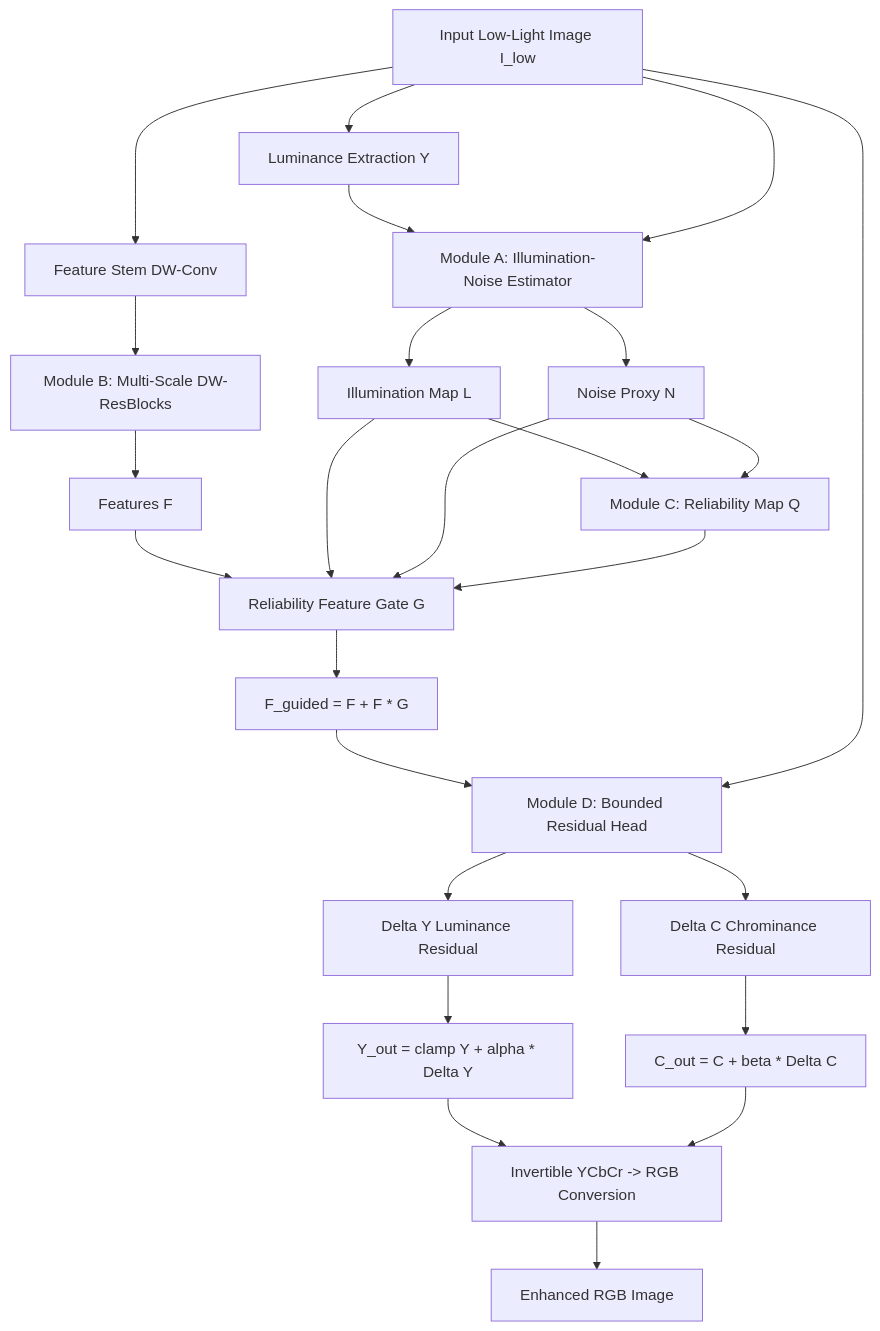
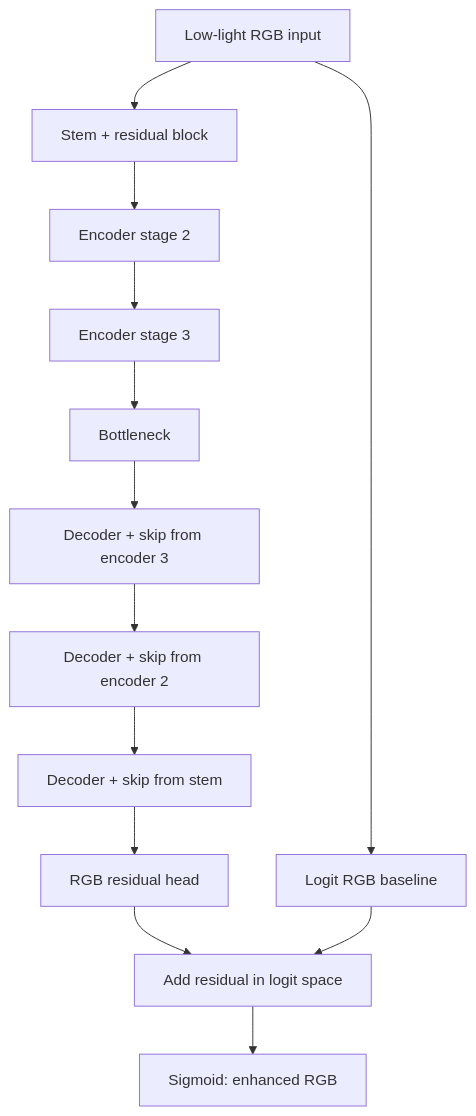
One commit to coderisalive/low-light changed the diagram in docs/architecture.md. Above: the diagram before and after it, drawn with Mermaid. The commit also changed other lines of this file and 1064 other files, not shown here.

````diff
--- a/docs/architecture.md
+++ b/docs/architecture.md
@@ -8,34 +7,15 @@
 ```mermaid
-graph TD
-    I[Input Low-Light Image I_low] --> Lum[Luminance Extraction Y]
-    I --> Stem[Feature Stem DW-Conv]
-    Lum --> INE[Module A: Illumination-Noise Estimator]
-    I --> INE
-
-    INE --> L[Illumination Map L]
-    INE --> N[Noise Proxy N]
-
-    L --> Rel[Module C: Reliability Map Q]
-    N --> Rel
-
-    Stem --> B[Module B: Multi-Scale DW-ResBlocks]
-    B --> F[Features F]
-
-    F --> Gate[Reliability Feature Gate G]
-    L --> Gate
-    N --> Gate
-    Rel --> Gate
-
-    Gate --> Mod[F_guided = F + F * G]
-    Mod --> Head[Module D: Bounded Residual Head]
-    I --> Head
-
-    Head --> DY[Delta Y Luminance Residual]
-    Head --> DC[Delta C Chrominance Residual]
-
-    DY --> Yout[Y_out = clamp Y + alpha * Delta Y]
-    DC --> Cout[C_out = C + beta * Delta C]
-    Yout --> RGB[Invertible YCbCr -> RGB Conversion]
-    Cout --> RGB
-    RGB --> Out[Enhanced RGB Image]
+flowchart TD
+  I[Low-light RGB input] --> S[Stem + residual block]
+  S --> E2[Encoder stage 2]
+  E2 --> E3[Encoder stage 3]
+  E3 --> B[Bottleneck]
+  B --> D3[Decoder + skip from encoder 3]
+  D3 --> D2[Decoder + skip from encoder 2]
+  D2 --> D1[Decoder + skip from stem]
+  D1 --> R[RGB residual head]
+  I --> L[Logit RGB baseline]
+  R --> A[Add residual in logit space]
+  L --> A
+  A --> O[Sigmoid: enhanced RGB]
 ```
````
